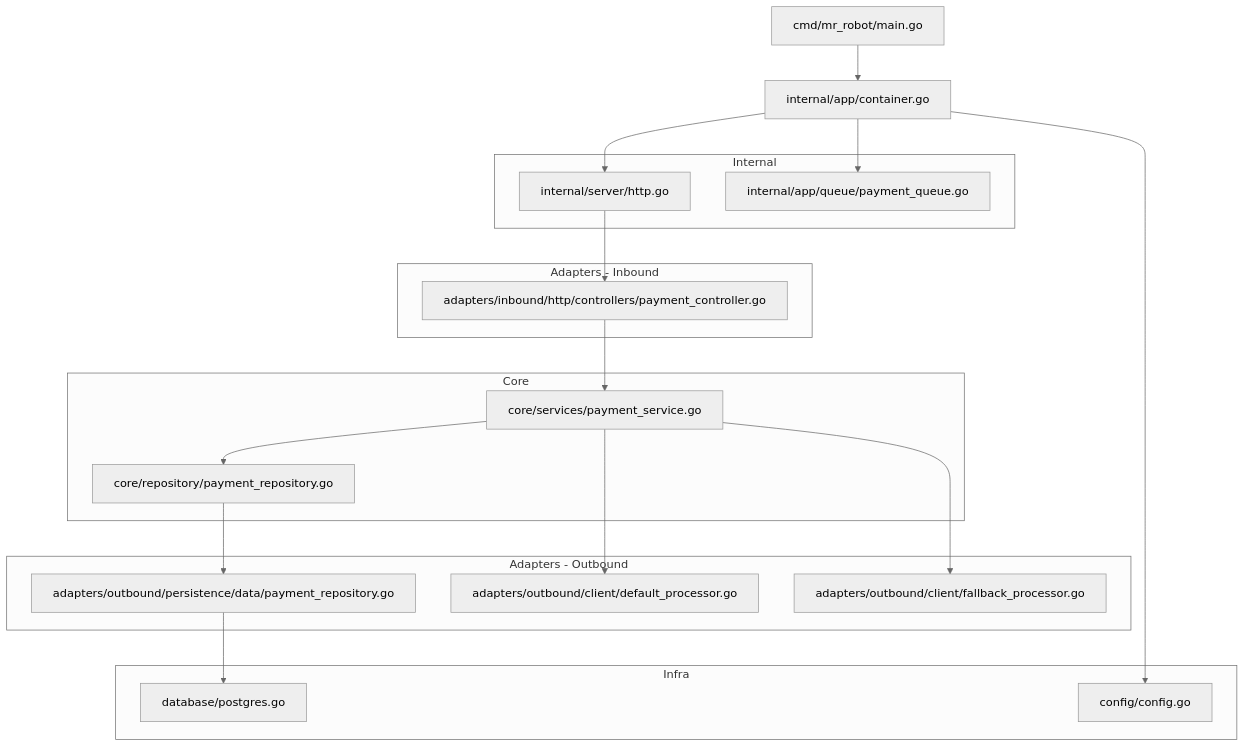
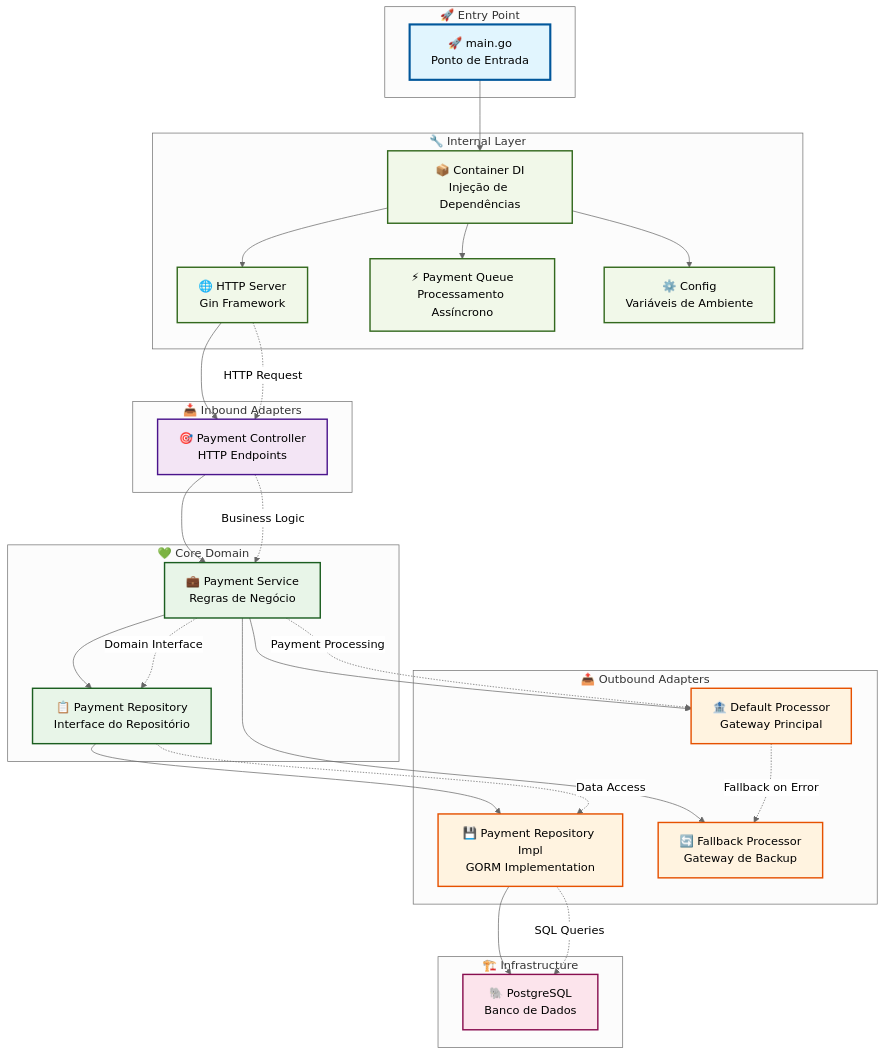
The diagram in README.md (fabianoflorentino/mr-robot), drawn with Mermaid (neutral theme) before and after one commit. The commit also changed other lines of this file, not shown here.

Commit message:
feat: update README.md with project overview, architecture details, and usage instructions

````diff
--- a/README.md
+++ b/README.md
@@ -7,44 +43,80 @@
 ```mermaid
 flowchart TD
-    A[cmd/mr_robot/main.go] --> B[internal/app/container.go]
-    B --> C[internal/server/http.go]
-    B --> Q[internal/app/queue/payment_queue.go]
+    %% Definindo estilos
+    classDef entrypoint fill:#e1f5fe,stroke:#01579b,stroke-width:3px
+    classDef inbound fill:#f3e5f5,stroke:#4a148c,stroke-width:2px
+    classDef core fill:#e8f5e8,stroke:#1b5e20,stroke-width:2px
+    classDef outbound fill:#fff3e0,stroke:#e65100,stroke-width:2px
+    classDef infra fill:#fce4ec,stroke:#880e4f,stroke-width:2px
+    classDef internal fill:#f1f8e9,stroke:#33691e,stroke-width:2px
 
-    C --> D[adapters/inbound/http/controllers/payment_controller.go]
-    D --> E[core/services/payment_service.go]
-    E --> F[core/repository/payment_repository.go]
+    %% Componentes principais
+    A[🚀 main.go<br/>Ponto de Entrada] --> B[📦 Container DI<br/>Injeção de Dependências]
 
-    F --> G[adapters/outbound/persistence/data/payment_repository.go]
-    G --> H[database/postgres.go]
+    B --> C[🌐 HTTP Server<br/>Gin Framework]
+    B --> Q[⚡ Payment Queue<br/>Processamento Assíncrono]
+    B --> K[⚙️ Config<br/>Variáveis de Ambiente]
 
-    E --> I[adapters/outbound/client/default_processor.go]
-    E --> J[adapters/outbound/client/fallback_processor.go]
+    %% Fluxo HTTP
+    C --> D[🎯 Payment Controller<br/>HTTP Endpoints]
+    D --> E[💼 Payment Service<br/>Regras de Negócio]
 
-    B --> K[config/config.go]
+    %% Core Domain
+    E --> F[📋 Payment Repository<br/>Interface do Repositório]
 
-    subgraph "Adapters - Inbound"
+    %% Persistência
+    F --> G[💾 Payment Repository Impl<br/>GORM Implementation]
+    G --> H[🐘 PostgreSQL<br/>Banco de Dados]
+
+    %% Gateways de Pagamento
+    E --> I[🏦 Default Processor<br/>Gateway Principal]
+    E --> J[🔄 Fallback Processor<br/>Gateway de Backup]
+
+    %% Agrupamentos por camadas
+    subgraph "🚀 Entry Point"
+        A
+    end
+
+    subgraph "🔧 Internal Layer"
+        B
+        C
+        Q
+        K
+    end
+
+    subgraph "📥 Inbound Adapters"
         D
     end
 
-    subgraph "Core"
+    subgraph "💚 Core Domain"
         E
         F
     end
 
-    subgraph "Adapters - Outbound"
+    subgraph "📤 Outbound Adapters"
         G
         I
         J
     end
 
-    subgraph "Infra"
+    subgraph "🏗️ Infrastructure"
         H
-        K
     end
 
-    subgraph "Internal"
-        C
-        Q
-    end
+    %% Aplicando estilos
+    class A entrypoint
+    class D inbound
+    class E,F core
+    class G,I,J outbound
+    class H infra
+    class B,C,Q,K internal
 
+    %% Setas com labels
+    C -.->|"HTTP Request"| D
+    D -.->|"Business Logic"| E
+    E -.->|"Domain Interface"| F
+    F -.->|"Data Access"| G
+    G -.->|"SQL Queries"| H
+    E -.->|"Payment Processing"| I
+    I -.->|"Fallback on Error"| J
 ```
````
